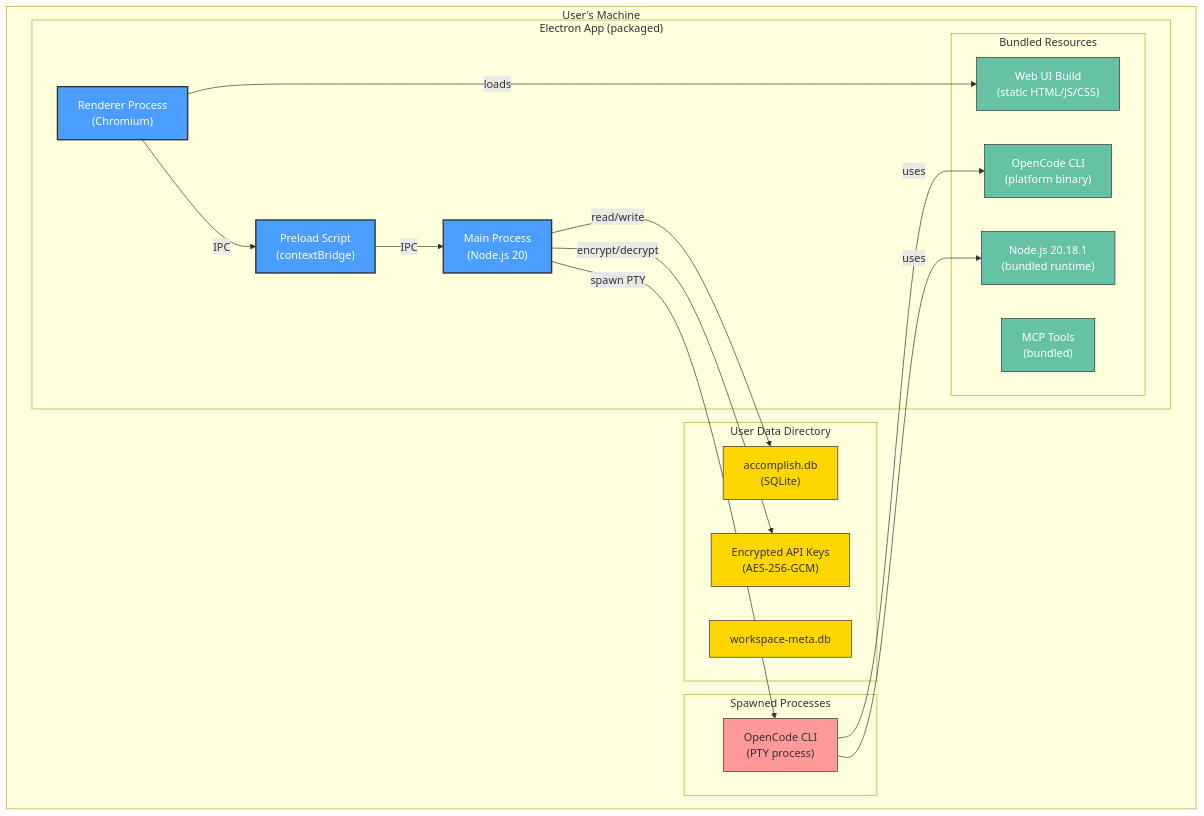
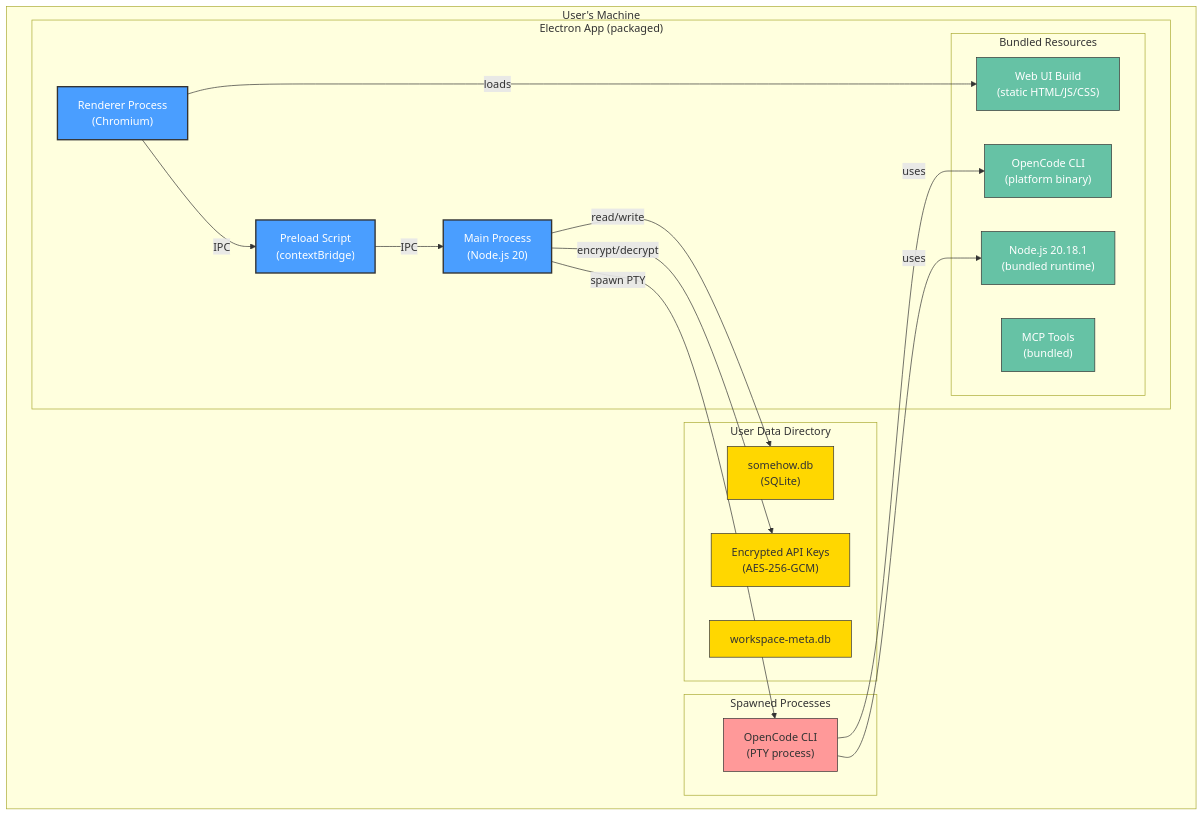
The fifth of 5 diagrams in AD.md (its-harshit/openplish), drawn with Mermaid before and after one commit. The commit also changed other lines of this file and 148 other files, not shown here.

````diff
--- a/AD.md
+++ b/AD.md
@@ -417,46 +417,46 @@
 ```mermaid
 graph TB
     subgraph "User's Machine"
         subgraph "Electron App (packaged)"
             MainProcess["Main Process<br/>(Node.js 20)"]
             PreloadScript["Preload Script<br/>(contextBridge)"]
             RendererProcess["Renderer Process<br/>(Chromium)"]
 
             subgraph "Bundled Resources"
                 WebBuild["Web UI Build<br/>(static HTML/JS/CSS)"]
                 OpenCodeBin["OpenCode CLI<br/>(platform binary)"]
                 MCPTools["MCP Tools<br/>(bundled)"]
                 BundledNode["Node.js 20.18.1<br/>(bundled runtime)"]
             end
         end
 
         subgraph "User Data Directory"
-            SQLiteDB["accomplish.db<br/>(SQLite)"]
+            SQLiteDB["somehow.db<br/>(SQLite)"]
             EncryptedKeys["Encrypted API Keys<br/>(AES-256-GCM)"]
             WorkspaceMeta["workspace-meta.db"]
         end
 
         subgraph "Spawned Processes"
             PTY["OpenCode CLI<br/>(PTY process)"]
         end
     end
 
     RendererProcess -->|"IPC"| PreloadScript
     PreloadScript -->|"IPC"| MainProcess
     MainProcess -->|"spawn PTY"| PTY
     MainProcess -->|"read/write"| SQLiteDB
     MainProcess -->|"encrypt/decrypt"| EncryptedKeys
     RendererProcess -->|"loads"| WebBuild
     PTY -->|"uses"| OpenCodeBin
     PTY -->|"uses"| BundledNode
 
     classDef processNode fill:#4a9eff,stroke:#333,stroke-width:2px,color:#fff
     classDef resourceNode fill:#66c2a5,stroke:#333,stroke-width:1px,color:#fff
     classDef dataNode fill:#ffd700,stroke:#333,stroke-width:1px
     classDef spawnedNode fill:#ff9999,stroke:#333,stroke-width:1px
 
     class MainProcess,PreloadScript,RendererProcess processNode
     class WebBuild,OpenCodeBin,MCPTools,BundledNode resourceNode
     class SQLiteDB,EncryptedKeys,WorkspaceMeta dataNode
     class PTY spawnedNode
 ```
````
